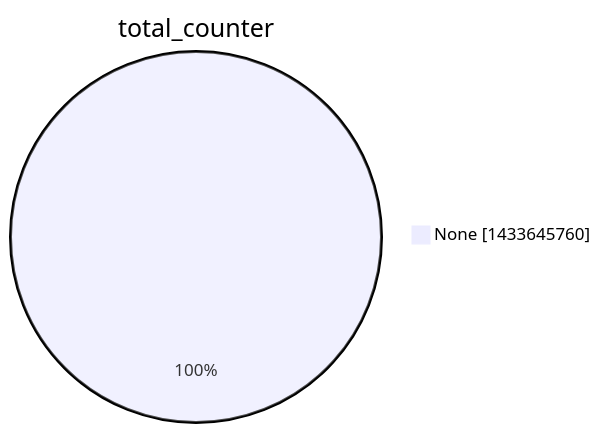
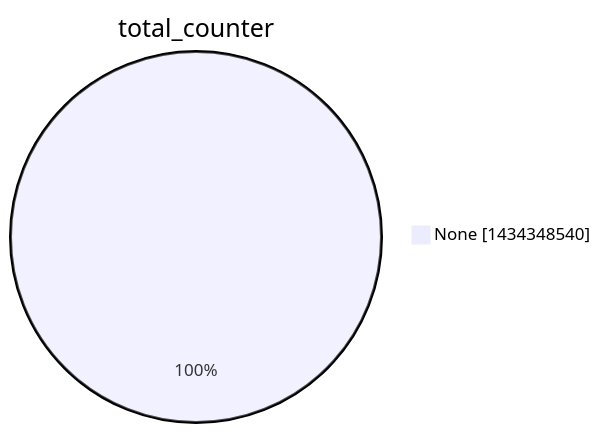
Before and after one commit to christiankrug/ctmonitor_visualization: the second of 15 diagrams in argon2022/README.md, drawn with Mermaid. The commit also changed other lines of this file, not shown here.

````diff
--- a/argon2022/README.md
+++ b/argon2022/README.md
@@ -9,5 +9,5 @@
 ```mermaid
 pie showData
 title total_counter
-"None" :1433645760
+"None" :1434348540
 ```
````
